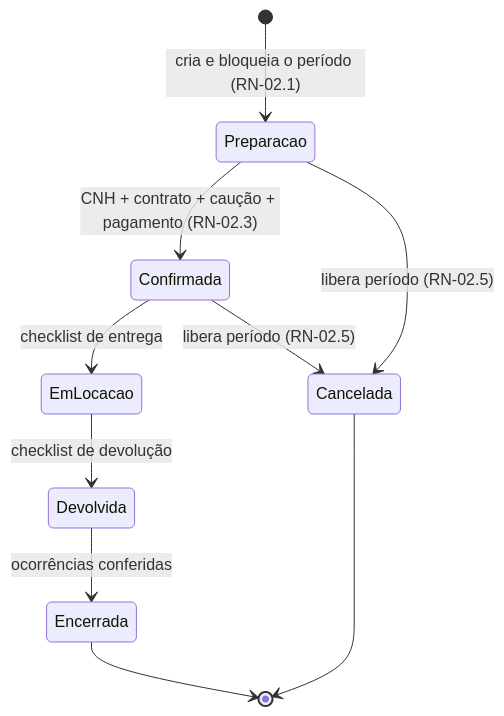
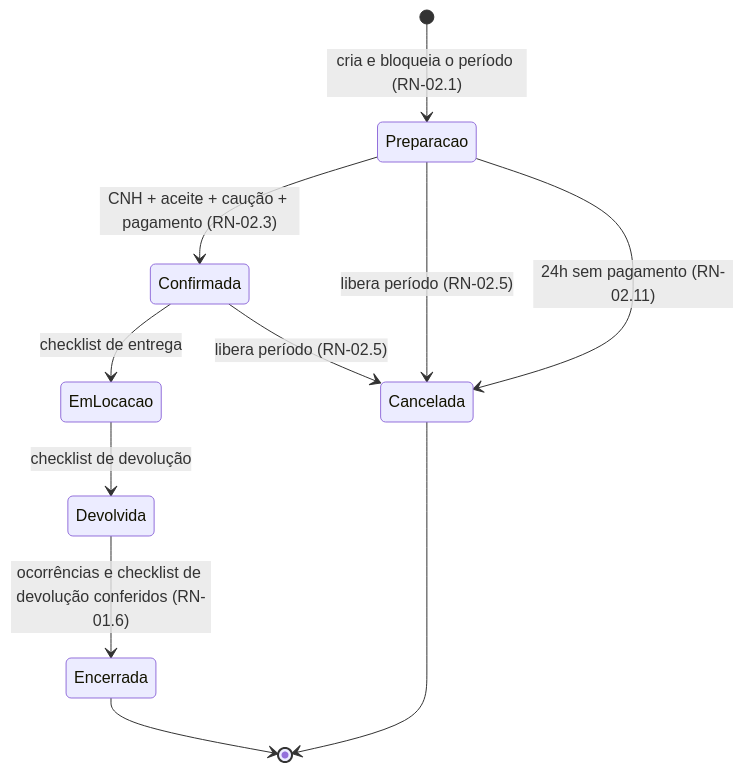
Before and after one commit to eliseurs/neonflow-api: the first of 2 diagrams in .claude/business-rules/02-reservas.md, drawn with Mermaid. The commit also changed other lines of this file and 13 other files, not shown here.

````diff
--- a/.claude/business-rules/02-reservas.md
+++ b/.claude/business-rules/02-reservas.md
@@ -19,12 +34,13 @@
 ```mermaid
 stateDiagram-v2
   [*] --> Preparacao: cria e bloqueia o período (RN-02.1)
-  Preparacao --> Confirmada: CNH + contrato + caução + pagamento (RN-02.3)
+  Preparacao --> Confirmada: CNH + aceite + caução + pagamento (RN-02.3)
   Confirmada --> EmLocacao: checklist de entrega
   EmLocacao --> Devolvida: checklist de devolução
-  Devolvida --> Encerrada: ocorrências conferidas
+  Devolvida --> Encerrada: ocorrências e checklist de devolução conferidos (RN-01.6)
   Preparacao --> Cancelada: libera período (RN-02.5)
+  Preparacao --> Cancelada: 24h sem pagamento (RN-02.11)
   Confirmada --> Cancelada: libera período (RN-02.5)
   Encerrada --> [*]
   Cancelada --> [*]
 ```
````
